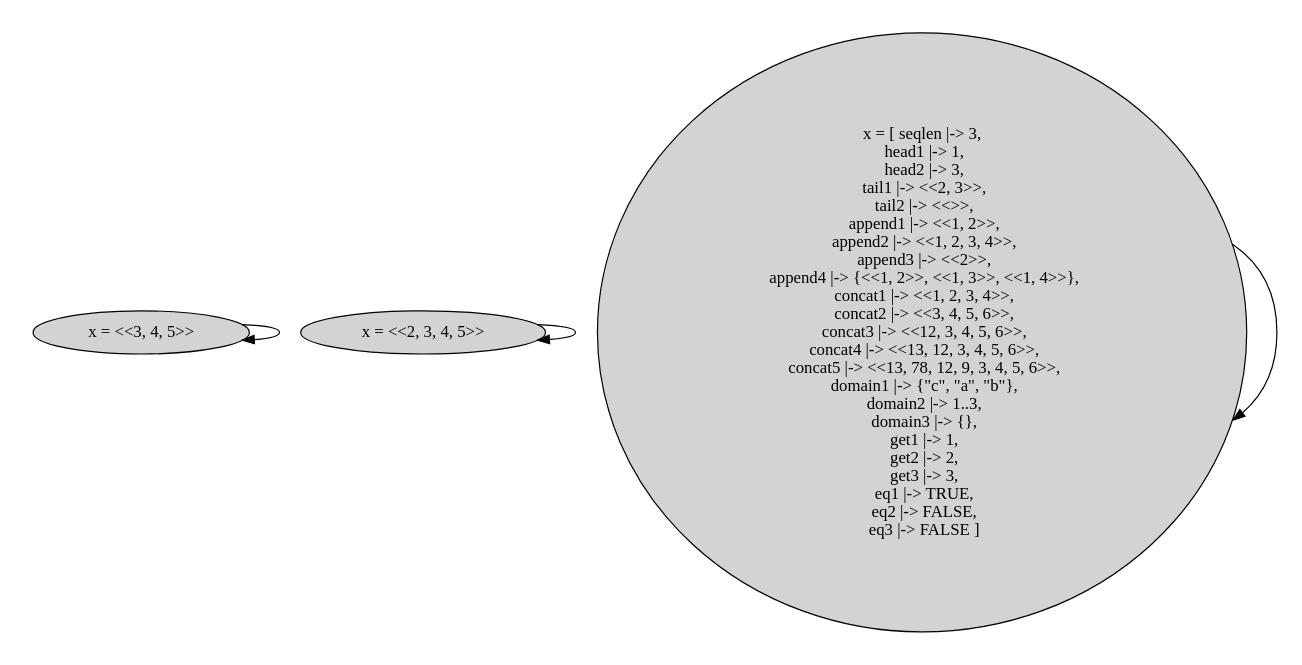
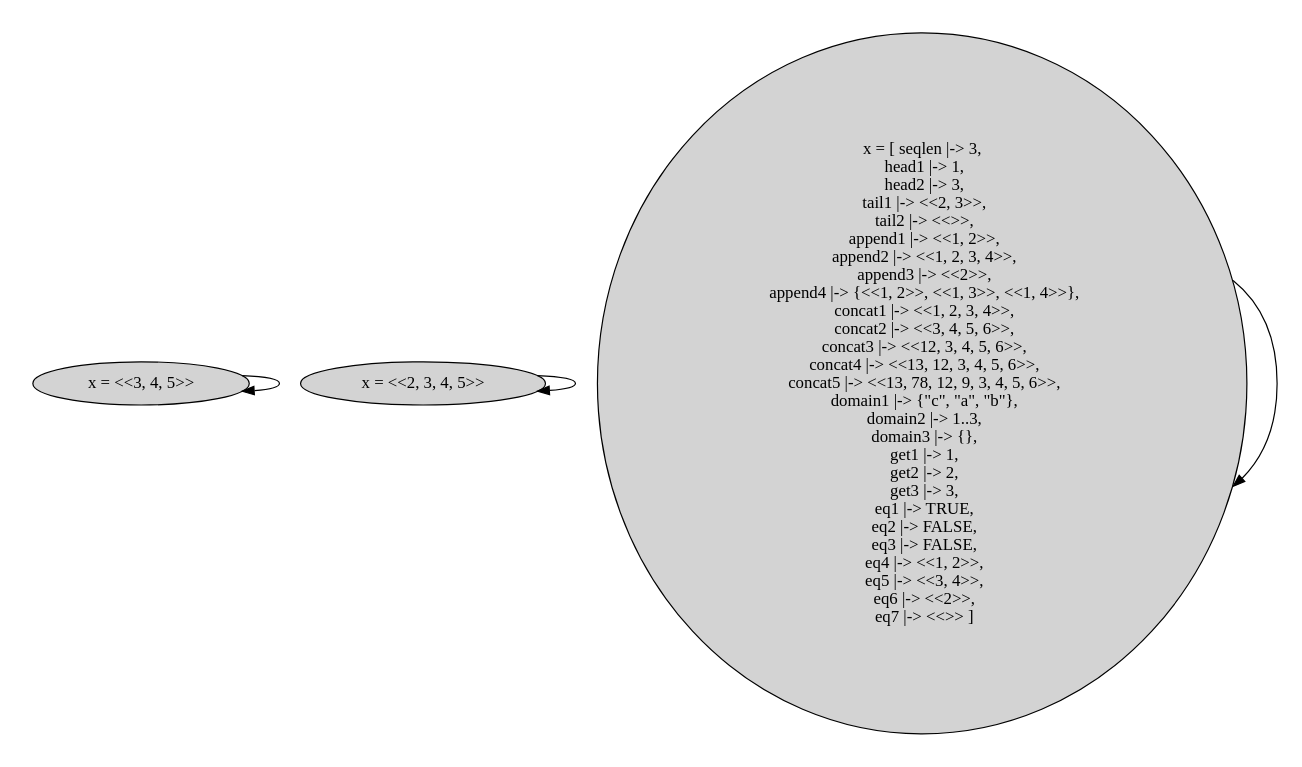
The diagram in specs/with_state_graphs/simple_seq.tla.dot (will62794/tla-web), drawn with Graphviz before and after one commit. The commit also changed 3 other files, not shown here.

```diff
--- a/specs/with_state_graphs/simple_seq.tla.dot
+++ b/specs/with_state_graphs/simple_seq.tla.dot
@@ -1,13 +1,13 @@
 strict digraph DiskGraph {
 nodesep=0.35;
 subgraph cluster_graph {
 color="white";
--1699215315842779918 [label="x = [ seqlen |-> 3,\n  head1 |-> 1,\n  head2 |-> 3,\n  tail1 |-> <<2, 3>>,\n  tail2 |-> <<>>,\n  append1 |-> <<1, 2>>,\n  append2 |-> <<1, 2, 3, 4>>,\n  append3 |-> <<2>>,\n  append4 |-> {<<1, 2>>, <<1, 3>>, <<1, 4>>},\n  concat1 |-> <<1, 2, 3, 4>>,\n  concat2 |-> <<3, 4, 5, 6>>,\n  concat3 |-> <<12, 3, 4, 5, 6>>,\n  concat4 |-> <<13, 12, 3, 4, 5, 6>>,\n  concat5 |-> <<13, 78, 12, 9, 3, 4, 5, 6>>,\n  domain1 |-> {\"c\", \"a\", \"b\"},\n  domain2 |-> 1..3,\n  domain3 |-> {},\n  get1 |-> 1,\n  get2 |-> 2,\n  get3 |-> 3,\n  eq1 |-> TRUE,\n  eq2 |-> FALSE,\n  eq3 |-> FALSE ]",style = filled]
+-8740646685992706372 [label="x = [ seqlen |-> 3,\n  head1 |-> 1,\n  head2 |-> 3,\n  tail1 |-> <<2, 3>>,\n  tail2 |-> <<>>,\n  append1 |-> <<1, 2>>,\n  append2 |-> <<1, 2, 3, 4>>,\n  append3 |-> <<2>>,\n  append4 |-> {<<1, 2>>, <<1, 3>>, <<1, 4>>},\n  concat1 |-> <<1, 2, 3, 4>>,\n  concat2 |-> <<3, 4, 5, 6>>,\n  concat3 |-> <<12, 3, 4, 5, 6>>,\n  concat4 |-> <<13, 12, 3, 4, 5, 6>>,\n  concat5 |-> <<13, 78, 12, 9, 3, 4, 5, 6>>,\n  domain1 |-> {\"c\", \"a\", \"b\"},\n  domain2 |-> 1..3,\n  domain3 |-> {},\n  get1 |-> 1,\n  get2 |-> 2,\n  get3 |-> 3,\n  eq1 |-> TRUE,\n  eq2 |-> FALSE,\n  eq3 |-> FALSE,\n  eq4 |-> <<1, 2>>,\n  eq5 |-> <<3, 4>>,\n  eq6 |-> <<2>>,\n  eq7 |-> <<>> ]",style = filled]
 6803286362328782140 [label="x = <<2, 3, 4, 5>>",style = filled]
 6687976021514864006 [label="x = <<3, 4, 5>>",style = filled]
--1699215315842779918 -> -1699215315842779918 [label="",color="black",fontcolor="black"];
+-8740646685992706372 -> -8740646685992706372 [label="",color="black",fontcolor="black"];
 6803286362328782140 -> 6803286362328782140 [label="",color="black",fontcolor="black"];
 6687976021514864006 -> 6687976021514864006 [label="",color="black",fontcolor="black"];
-{rank = same; -1699215315842779918;6803286362328782140;6687976021514864006;}
+{rank = same; -8740646685992706372;6803286362328782140;6687976021514864006;}
 }
 }
```
